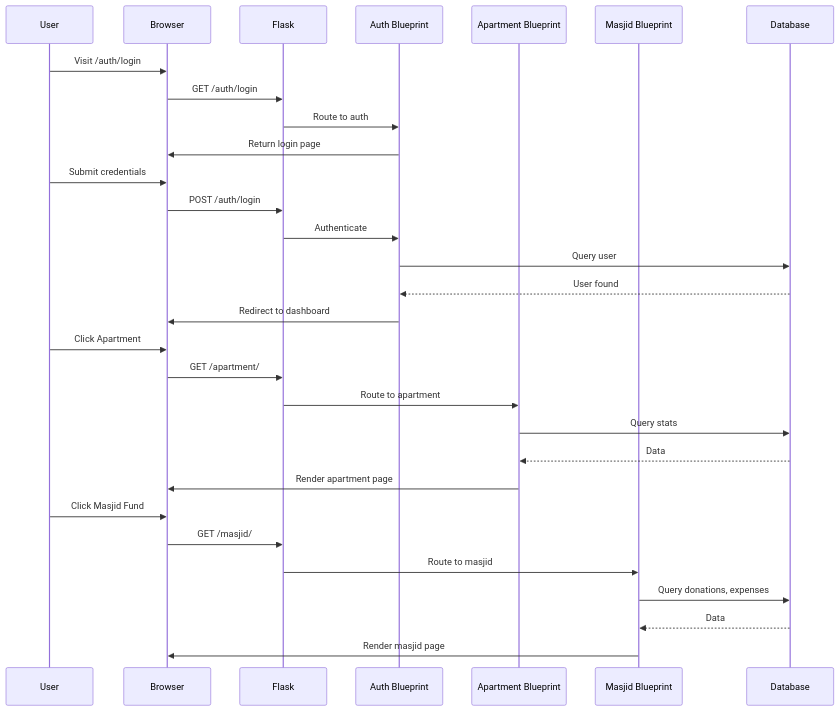
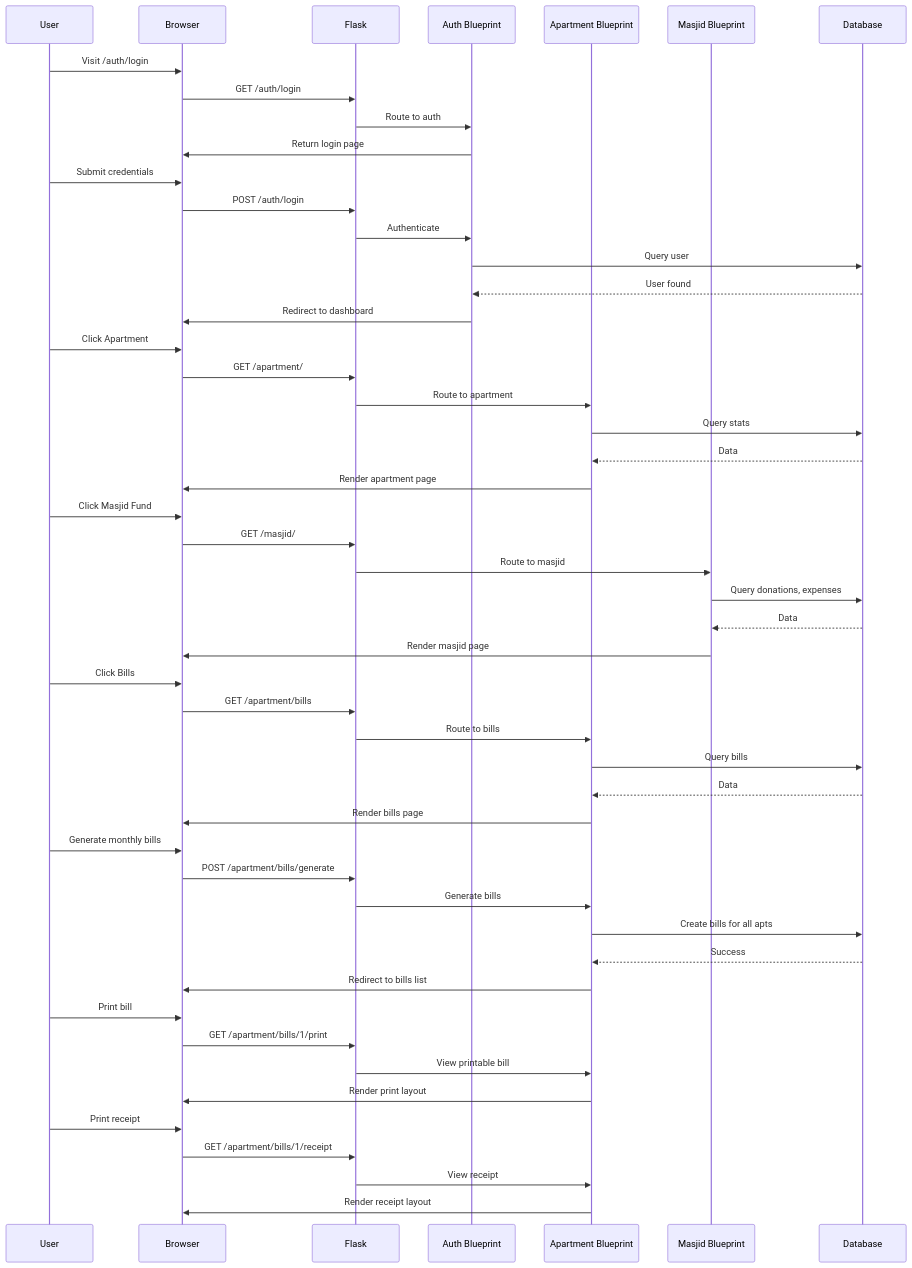
One commit to dev-mbi/apartment changed the third of 4 diagrams in GRAPHIFY.md. Above: the diagram before and after it, drawn with Mermaid. The commit also changed other lines of this file and 8 other files, not shown here.

Commit message:
add receipt, CSV export, dashboard bill stats, update docs

````diff
--- a/GRAPHIFY.md
+++ b/GRAPHIFY.md
@@ -116,36 +133,60 @@
 ```mermaid
 sequenceDiagram
     participant U as User
     participant B as Browser
     participant F as Flask
     participant A as Auth Blueprint
     participant AP as Apartment Blueprint
     participant M as Masjid Blueprint
     participant DB as Database
 
     U->>B: Visit /auth/login
     B->>F: GET /auth/login
     F->>A: Route to auth
     A->>B: Return login page
 
     U->>B: Submit credentials
     B->>F: POST /auth/login
     F->>A: Authenticate
     A->>DB: Query user
     DB-->>A: User found
     A->>B: Redirect to dashboard
 
     U->>B: Click Apartment
     B->>F: GET /apartment/
     F->>AP: Route to apartment
     AP->>DB: Query stats
     DB-->>AP: Data
     AP->>B: Render apartment page
 
     U->>B: Click Masjid Fund
     B->>F: GET /masjid/
     F->>M: Route to masjid
     M->>DB: Query donations, expenses
     DB-->>M: Data
     M->>B: Render masjid page
+
+    U->>B: Click Bills
+    B->>F: GET /apartment/bills
+    F->>AP: Route to bills
+    AP->>DB: Query bills
+    DB-->>AP: Data
+    AP->>B: Render bills page
+
+    U->>B: Generate monthly bills
+    B->>F: POST /apartment/bills/generate
+    F->>AP: Generate bills
+    AP->>DB: Create bills for all apts
+    DB-->>AP: Success
+    AP->>B: Redirect to bills list
+
+    U->>B: Print bill
+    B->>F: GET /apartment/bills/1/print
+    F->>AP: View printable bill
+    AP->>B: Render print layout
+
+    U->>B: Print receipt
+    B->>F: GET /apartment/bills/1/receipt
+    F->>AP: View receipt
+    AP->>B: Render receipt layout
 ```
````
